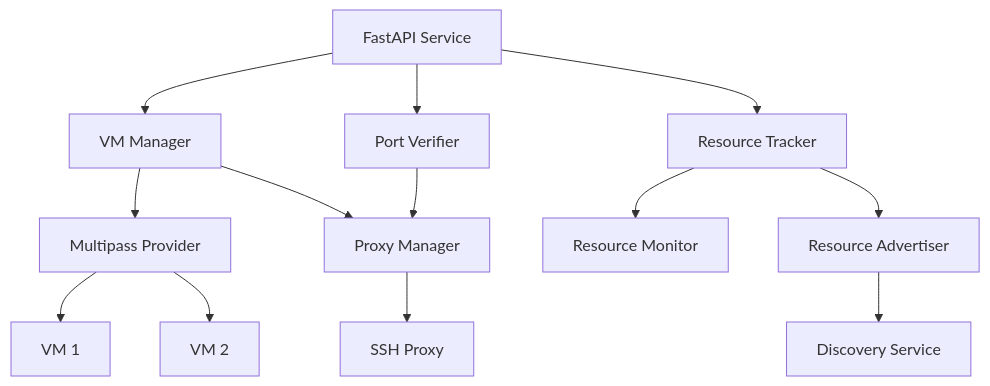
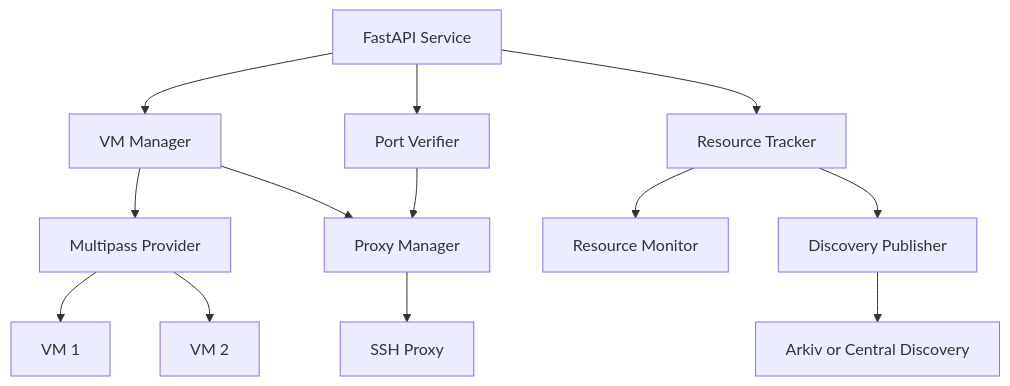
Before and after one commit to cryptobench/vm-on-golem: the first of 6 diagrams in provider-server/README.md, drawn with Mermaid. The commit also changed other lines of this file and 222 other files, not shown here.

````diff
--- a/provider-server/README.md
+++ b/provider-server/README.md
@@ -98,15 +98,15 @@
 ```mermaid
 graph TB
     API[FastAPI Service] --> VMM[VM Manager]
     API --> RT[Resource Tracker]
     API --> PV[Port Verifier]
     VMM --> MP[Multipass Provider]
     VMM --> PM[Proxy Manager]
     RT --> RM[Resource Monitor]
-    RT --> AD[Resource Advertiser]
-    AD --> DS[Discovery Service]
+    RT --> AD[Discovery Publisher]
+    AD --> ARK[Arkiv or Central Discovery]
     PM --> SSH[SSH Proxy]
     PV --> PM
     MP --> VM1[VM 1]
     MP --> VM2[VM 2]
 ```
````
